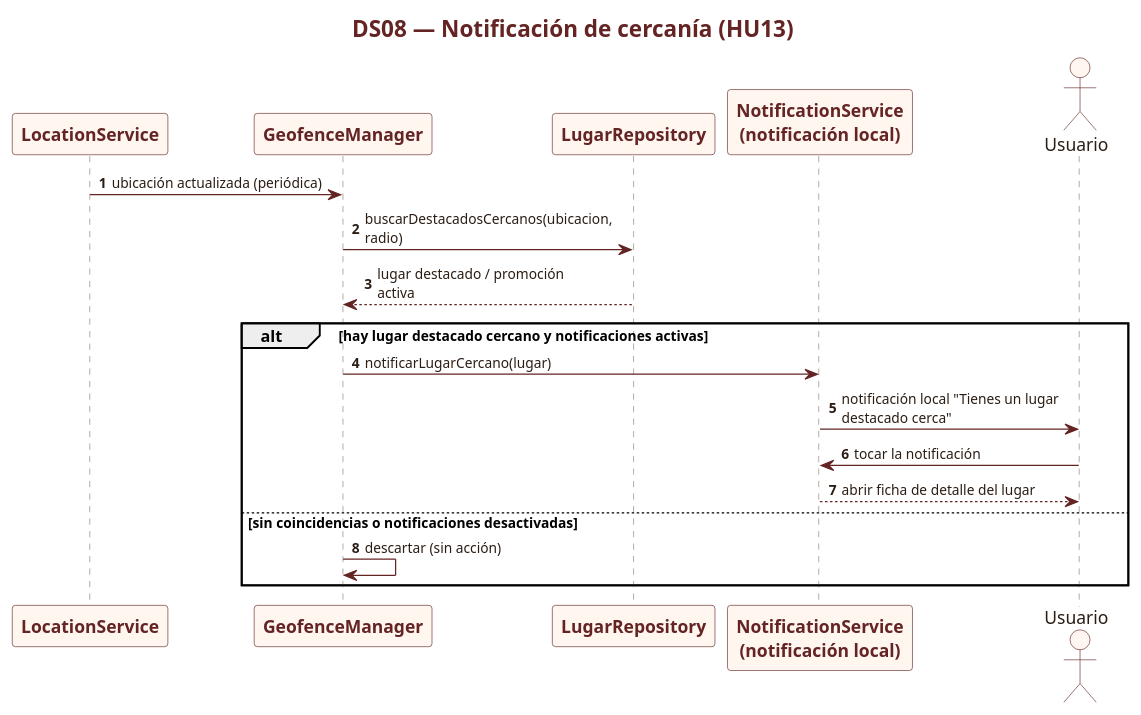
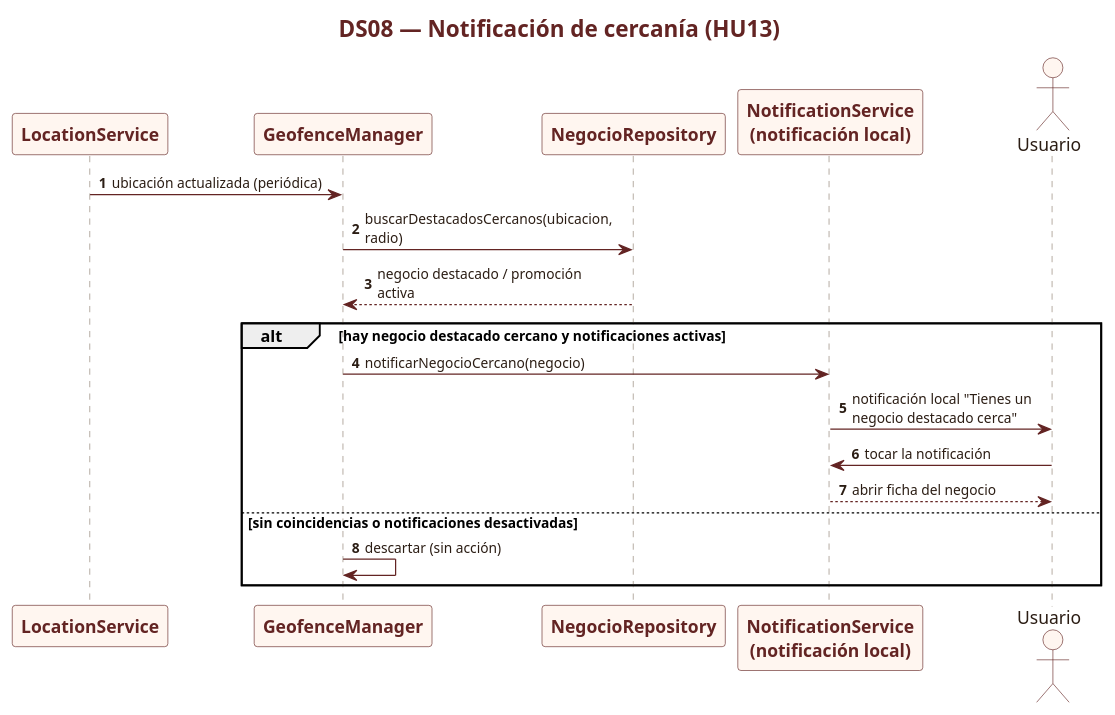
One commit to chelingo1994/LuciDan changed the diagram in diagrams/S2_DS08_Notificacion_Cercania.puml. Above: the diagram before and after it, drawn with PlantUML. The commit also changed 197 other files, not shown here.

```diff
--- a/diagrams/S2_DS08_Notificacion_Cercania.puml
+++ b/diagrams/S2_DS08_Notificacion_Cercania.puml
@@ -1,55 +1,55 @@
 @startuml
 
 skinparam backgroundColor white
 skinparam shadowing false
 skinparam defaultFontName Arial
 skinparam maxMessageSize 180
 skinparam sequenceArrowThickness 1
 skinparam ArrowColor #632423
 skinparam ArrowFontColor #2B1D14
 skinparam ArrowFontSize 11
 skinparam sequence {
   ActorBorderColor #632423
   ActorBackgroundColor #FFF6F0
   ActorFontColor #2B1D14
   ParticipantBorderColor #632423
   ParticipantBackgroundColor #FFF6F0
   ParticipantFontColor #632423
   ParticipantFontStyle bold
   LifeLineBorderColor #8A7A6C
   LifeLineBackgroundColor #FFF6F0
   BoxBorderColor #632423
   BoxFontColor #632423
   BoxBackgroundColor #FFF9F5
   DividerBorderColor #632423
   DividerBackgroundColor #F2E4DE
   DividerFontColor #632423
 }
 skinparam titleFontColor #632423
 skinparam titleFontSize 18
 skinparam titleFontStyle bold
 skinparam noteBackgroundColor #FFF9E8
 skinparam noteBorderColor #8A7A6C
 
 
 title DS08 — Notificación de cercanía (HU13)
 autonumber
 participant "LocationService" as GPS
 participant "GeofenceManager" as GEO
-participant "LugarRepository" as REPO
+participant "NegocioRepository" as REPO
 participant "NotificationService\n(notificación local)" as NOTIF
 actor "Usuario" as U
 
 GPS -> GEO : ubicación actualizada (periódica)
 GEO -> REPO : buscarDestacadosCercanos(ubicacion, radio)
-REPO --> GEO : lugar destacado / promoción activa
-alt hay lugar destacado cercano y notificaciones activas
-  GEO -> NOTIF : notificarLugarCercano(lugar)
-  NOTIF -> U : notificación local "Tienes un lugar destacado cerca"
+REPO --> GEO : negocio destacado / promoción activa
+alt hay negocio destacado cercano y notificaciones activas
+  GEO -> NOTIF : notificarNegocioCercano(negocio)
+  NOTIF -> U : notificación local "Tienes un negocio destacado cerca"
   U -> NOTIF : tocar la notificación
-  NOTIF --> U : abrir ficha de detalle del lugar
+  NOTIF --> U : abrir ficha del negocio
 else sin coincidencias o notificaciones desactivadas
   GEO -> GEO : descartar (sin acción)
 end
 
 @enduml
```
